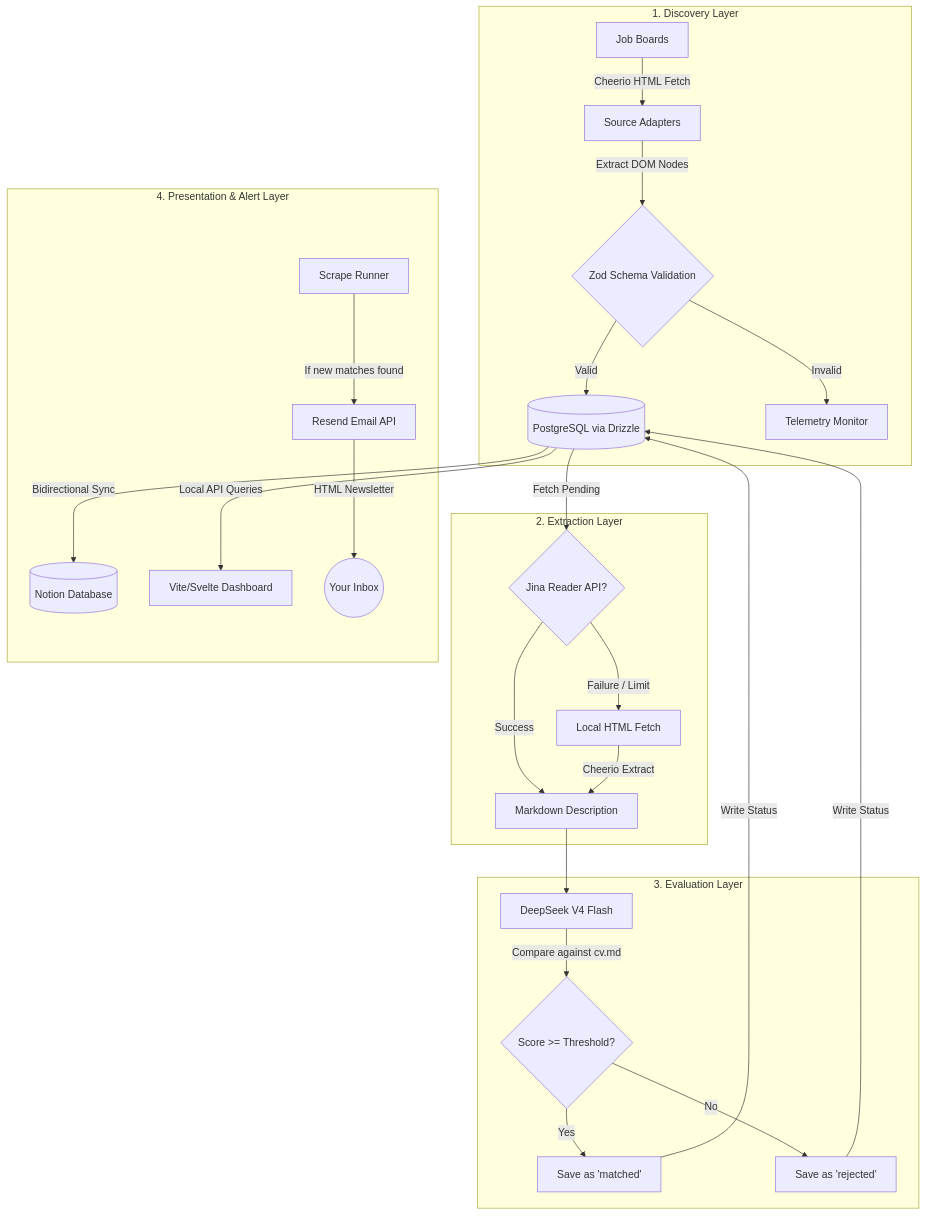
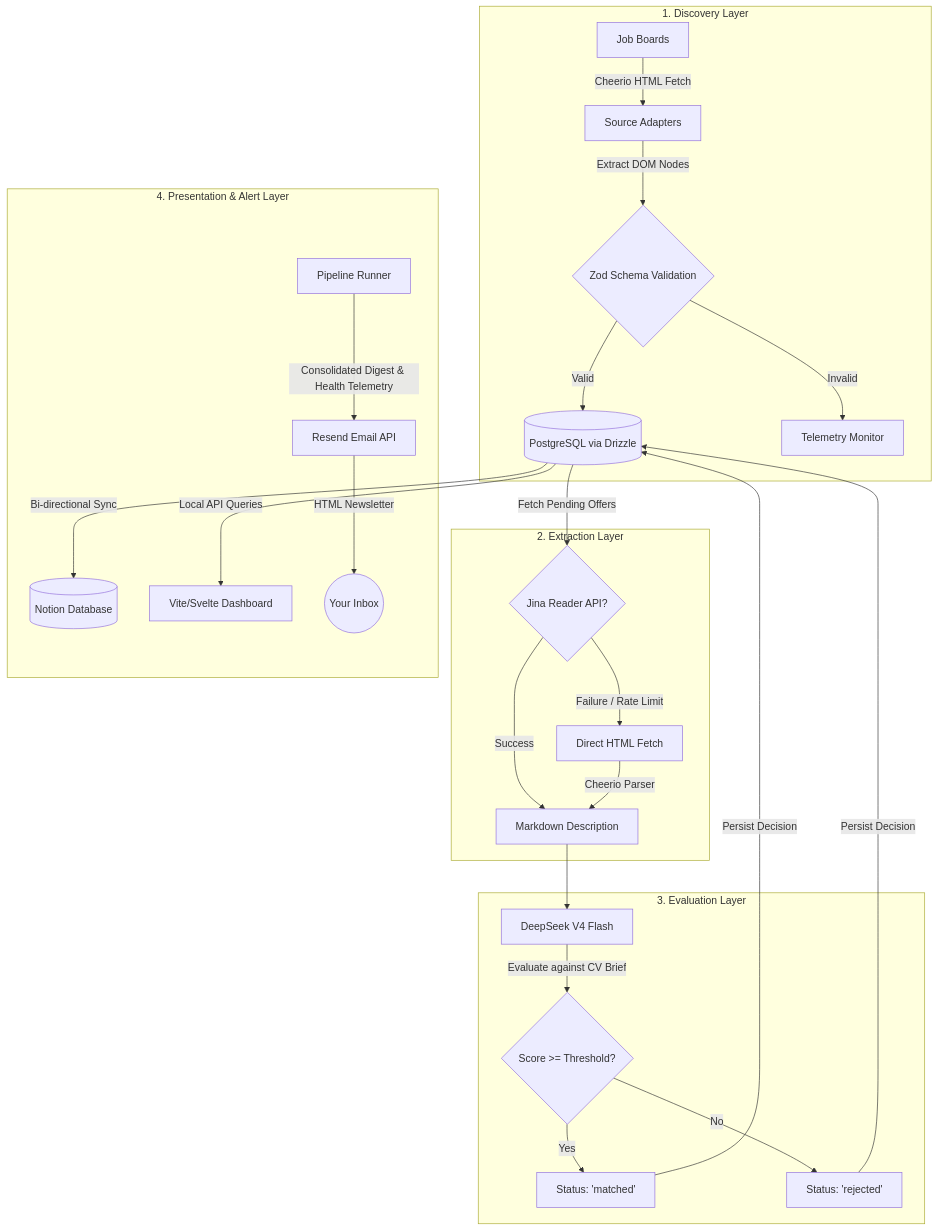
The diagram in README.md (dandrok/jobetl), drawn with Mermaid before and after one commit. The commit also changed other lines of this file, not shown here.

Commit message:
docs: audit security placeholders and update pipeline architecture in readme

````diff
--- a/README.md
+++ b/README.md
@@ -58,32 +51,32 @@
 ```mermaid
 flowchart TD
     subgraph Discovery [1. Discovery Layer]
         A[Job Boards] -->|Cheerio HTML Fetch| B[Source Adapters]
         B -->|Extract DOM Nodes| C{Zod Schema Validation}
         C -->|Valid| D[(PostgreSQL via Drizzle)]
         C -->|Invalid| E[Telemetry Monitor]
     end
 
     subgraph Extraction [2. Extraction Layer]
-        D -->|Fetch Pending| F{Jina Reader API?}
+        D -->|Fetch Pending Offers| F{Jina Reader API?}
         F -->|Success| G[Markdown Description]
-        F -->|Failure / Limit| H[Local HTML Fetch]
-        H -->|Cheerio Extract| G
+        F -->|Failure / Rate Limit| H[Direct HTML Fetch]
+        H -->|Cheerio Parser| G
     end
 
     subgraph Intelligence [3. Evaluation Layer]
         G --> DS[DeepSeek V4 Flash]
-        DS -->|Compare against cv.md| I{Score >= Threshold?}
-        I -->|Yes| J[Save as 'matched']
-        I -->|No| K[Save as 'rejected']
-        J -->|Write Status| D
-        K -->|Write Status| D
+        DS -->|Evaluate against CV Brief| I{Score >= Threshold?}
+        I -->|Yes| J[Status: 'matched']
+        I -->|No| K[Status: 'rejected']
+        J -->|Persist Decision| D
+        K -->|Persist Decision| D
     end
 
     subgraph Presentation [4. Presentation & Alert Layer]
-        D -->|Bidirectional Sync| L[(Notion Database)]
+        D -->|Bi-directional Sync| L[(Notion Database)]
         D -->|Local API Queries| M[Vite/Svelte Dashboard]
-        CLI[Scrape Runner] -->|If new matches found| R[Resend Email API]
+        CLI[Pipeline Runner] -->|Consolidated Digest & Health Telemetry| R[Resend Email API]
         R -->|HTML Newsletter| Inbox((Your Inbox))
     end
 ```
````
